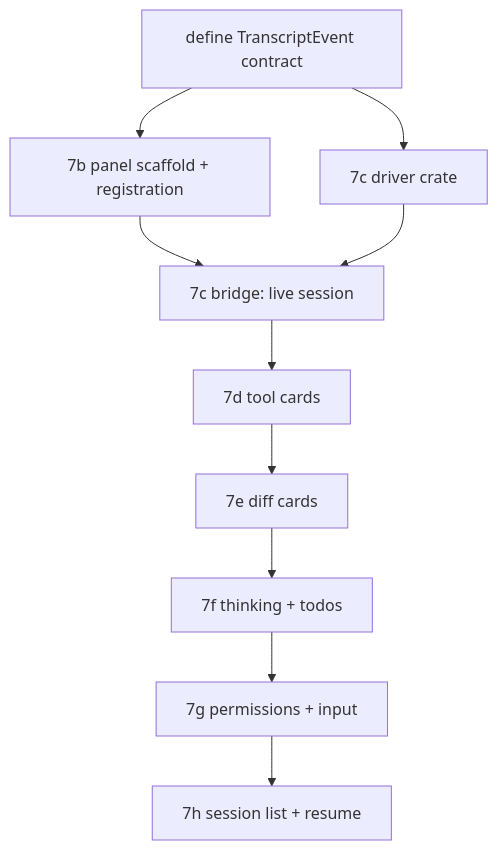
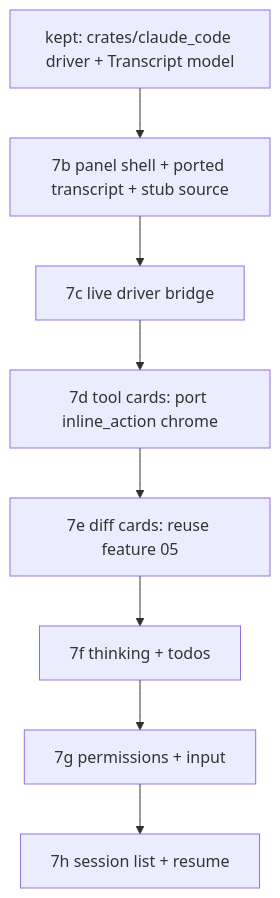
The diagram in roadmap/07-claude-code-panel/TECH.md (timomak/twarp), drawn with Mermaid before and after one commit. The commit also changed other lines of this file and 3 other files, not shown here.

````diff
--- a/roadmap/07-claude-code-panel/TECH.md
+++ b/roadmap/07-claude-code-panel/TECH.md
@@ -142,12 +313,10 @@
 ```mermaid
 graph TD
-  C[define TranscriptEvent contract] --> D[7c driver crate]
-  C --> B[7b panel scaffold + registration]
-  B --> E[7c bridge: live session]
-  D --> E
-  E --> F[7d tool cards]
-  F --> G[7e diff cards]
-  G --> H[7f thinking + todos]
-  H --> I[7g permissions + input]
-  I --> J[7h session list + resume]
+  A[kept: crates/claude_code driver + Transcript model] --> B[7b panel shell + ported transcript + stub source]
+  B --> C[7c live driver bridge]
+  C --> D[7d tool cards: port inline_action chrome]
+  D --> E[7e diff cards: reuse feature 05]
+  E --> F[7f thinking + todos]
+  F --> G[7g permissions + input]
+  G --> H[7h session list + resume]
 ```
````
